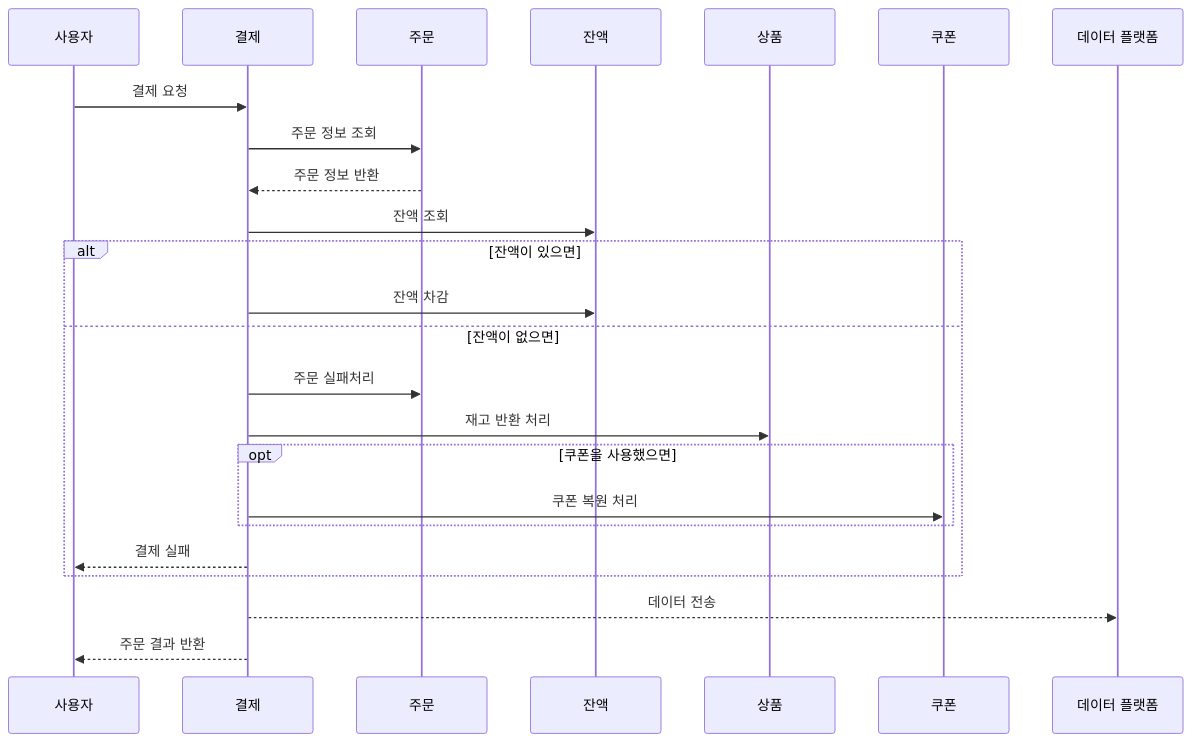
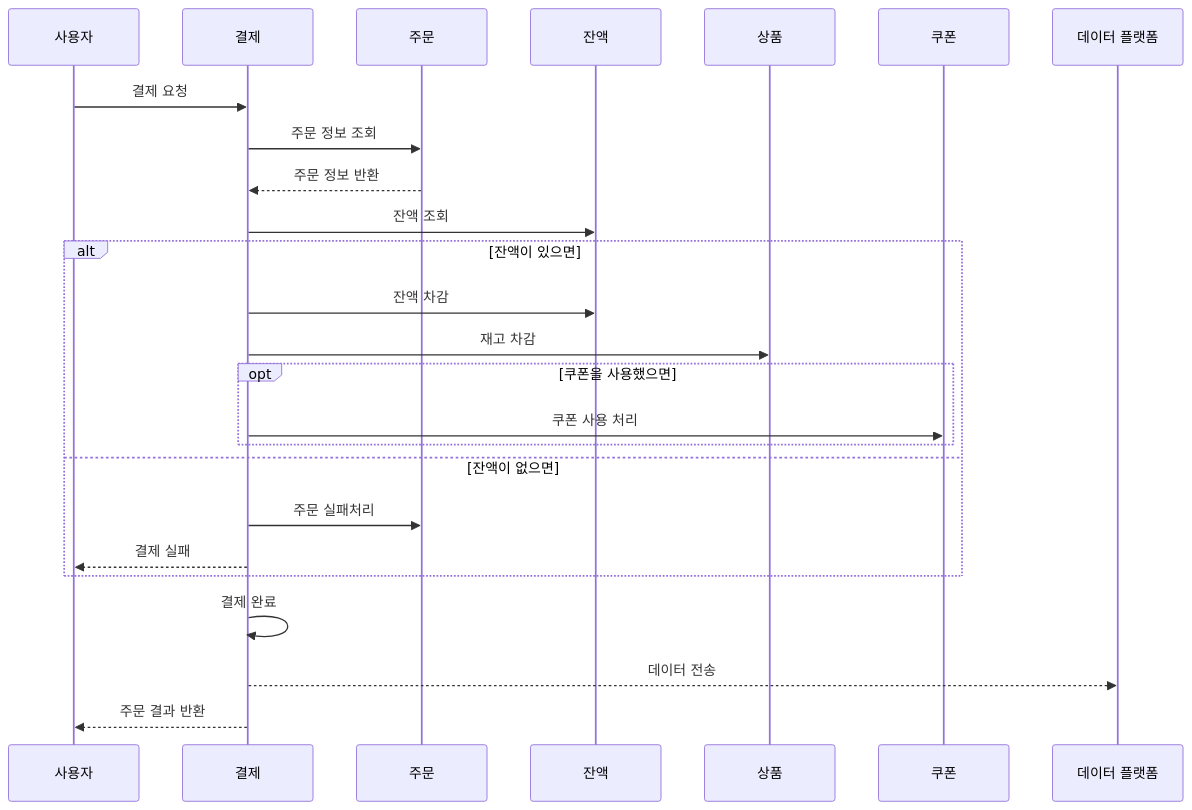
The eighth of 10 diagrams in docs/시퀀스다이어그램.md (Hyuntae-91/ecommerce-practice), drawn with Mermaid before and after one commit. The commit also changed other lines of this file and 7 other files, not shown here.

````diff
--- a/docs/시퀀스다이어그램.md
+++ b/docs/시퀀스다이어그램.md
@@ -156,27 +139,28 @@
 ```mermaid
 sequenceDiagram
   participant P0 as 사용자
   participant P1 as 결제
   participant P2 as 주문
   participant P3 as 잔액
   participant P4 as 상품
   participant P5 as 쿠폰
   participant P6 as 데이터 플랫폼
 
   P0 ->> P1: 결제 요청
   P1 ->> P2: 주문 정보 조회
   P2 -->> P1: 주문 정보 반환
   P1 ->> P3: 잔액 조회
   alt 잔액이 있으면
     P1 ->> P3: 잔액 차감
+    P1 ->> P4: 재고 차감
+    opt 쿠폰을 사용했으면
+        P1 ->> P5: 쿠폰 사용 처리
+    end
   else 잔액이 없으면
     P1 ->> P2: 주문 실패처리
-    P1 ->> P4: 재고 반환 처리
-    opt 쿠폰을 사용했으면
-        P1 ->> P5: 쿠폰 복원 처리
-    end
     P1 -->> P0: 결제 실패
   end
+  P1 ->> P1: 결제 완료
   P1 -->> P6: 데이터 전송
   P1 -->> P0: 주문 결과 반환
 ```
````
